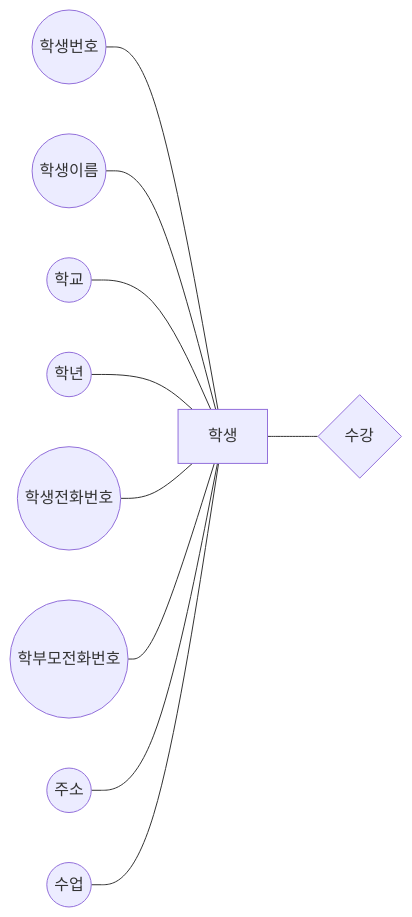
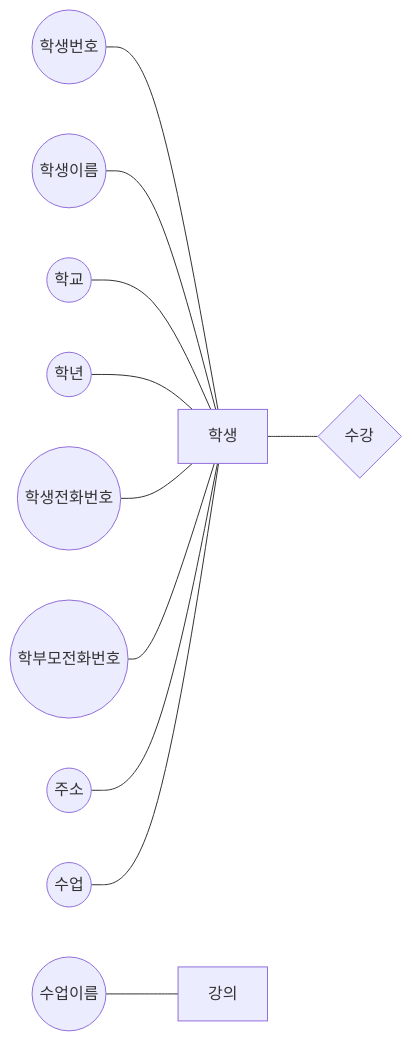
The second of 2 diagrams in README(키 설명 추가).md (HYUUUNAKIM/DB_project), drawn with Mermaid before and after one commit.

Commit message:
Update README(키 설명 추가).md

````diff
--- a/README(키 설명 추가).md
+++ b/README(키 설명 추가).md
@@ -180,12 +180,14 @@
 ```mermaid
 graph LR
 A((학생번호))---S[학생]
 B((학생이름))---S[학생]
 C((학교))---S[학생]
 D((학년))---S[학생]
 E((학생전화번호))---S[학생]
 F((학부모전화번호))---S[학생]
 G((주소))---S[학생]
 H((수업))---S[학생]
+I((수업이름))---L[강의]
 S---J{수강}
+
 ```
````
